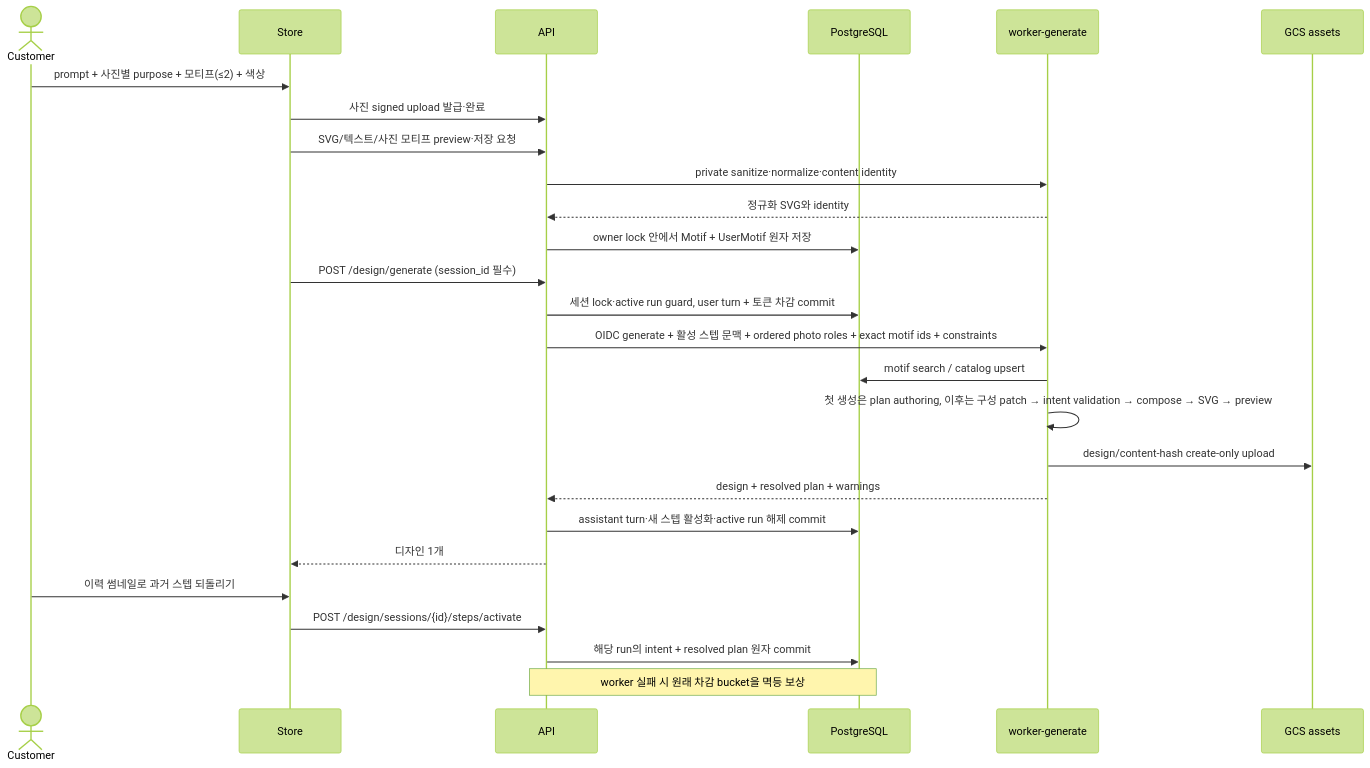
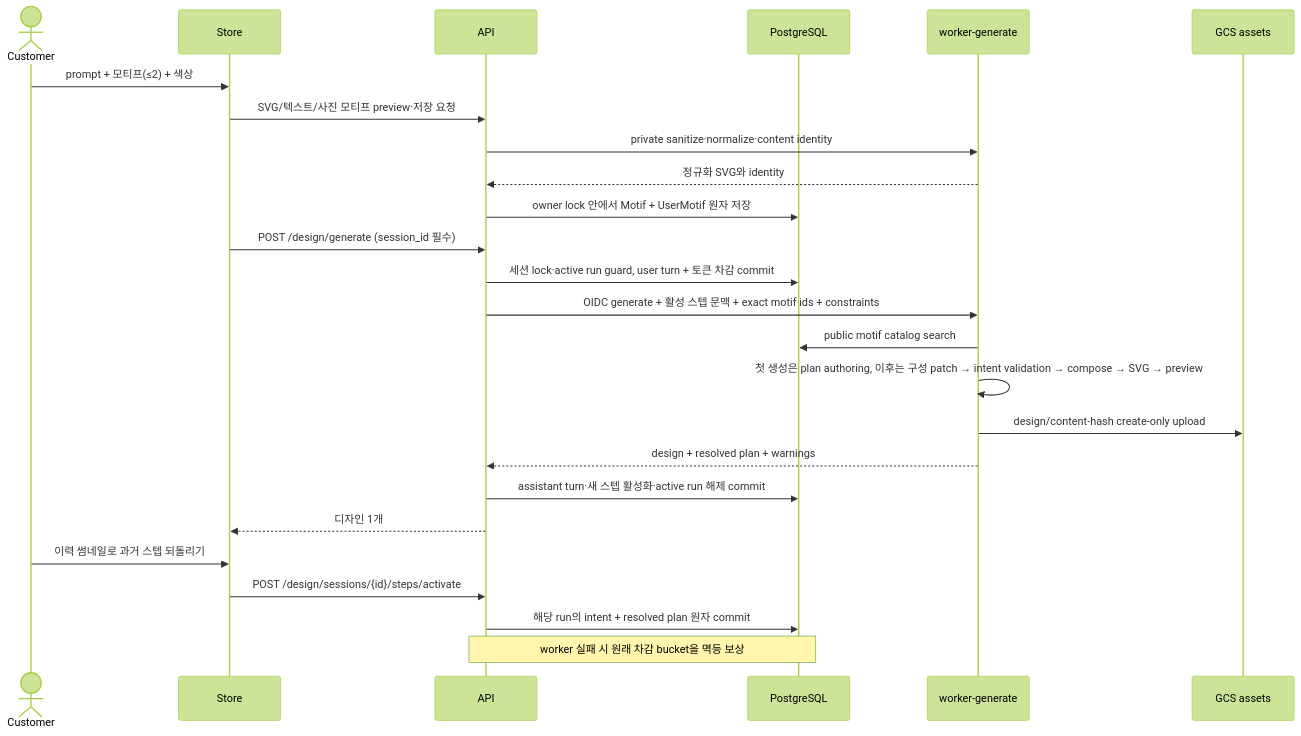
Before and after one commit to Bongseop-Kim/essesion: the fifth of 8 diagrams in ARCHITECTURE.md, drawn with Mermaid (forest theme). The commit also changed other lines of this file and 61 other files, not shown here.

````diff
--- a/ARCHITECTURE.md
+++ b/ARCHITECTURE.md
@@ -547,30 +545,29 @@
 ```mermaid
 sequenceDiagram
     actor U as Customer
     participant S as Store
     participant A as API
     participant DB as PostgreSQL
     participant W as worker-generate
     participant G as GCS assets
 
-    U->>S: prompt + 사진별 purpose + 모티프(≤2) + 색상
-    S->>A: 사진 signed upload 발급·완료
+    U->>S: prompt + 모티프(≤2) + 색상
     S->>A: SVG/텍스트/사진 모티프 preview·저장 요청
     A->>W: private sanitize·normalize·content identity
     W-->>A: 정규화 SVG와 identity
     A->>DB: owner lock 안에서 Motif + UserMotif 원자 저장
     S->>A: POST /design/generate (session_id 필수)
     A->>DB: 세션 lock·active run guard, user turn + 토큰 차감 commit
-    A->>W: OIDC generate + 활성 스텝 문맥 + ordered photo roles + exact motif ids + constraints
-    W->>DB: motif search / catalog upsert
+    A->>W: OIDC generate + 활성 스텝 문맥 + exact motif ids + constraints
+    W->>DB: public motif catalog search
     W->>W: 첫 생성은 plan authoring, 이후는 구성 patch → intent validation → compose → SVG → preview
     W->>G: design/content-hash create-only upload
     W-->>A: design + resolved plan + warnings
     A->>DB: assistant turn·새 스텝 활성화·active run 해제 commit
     A-->>S: 디자인 1개
     U->>S: 이력 썸네일로 과거 스텝 되돌리기
     S->>A: POST /design/sessions/{id}/steps/activate
     A->>DB: 해당 run의 intent + resolved plan 원자 commit
 
     Note over A,DB: worker 실패 시 원래 차감 bucket을 멱등 보상
 ```
````
